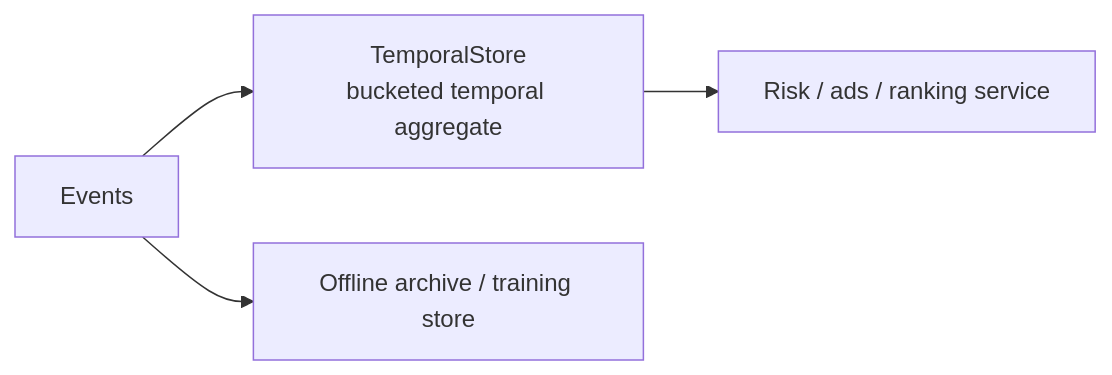
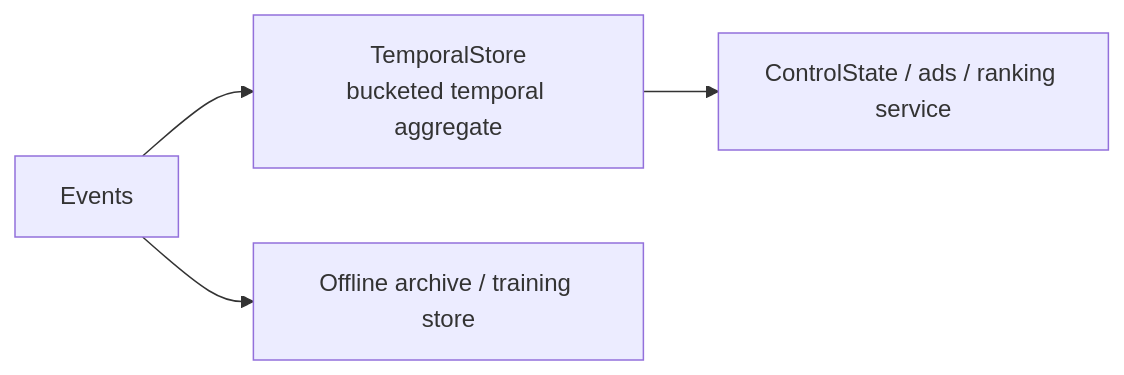
Before and after one commit to matrixarkai/TemporalStore: the second of 2 diagrams in docs/temporalstore_blog.md, drawn with Mermaid. The commit also changed other lines of this file and 202 other files, not shown here.

Commit message:
Rename risk surface to control state

````diff
--- a/docs/temporalstore_blog.md
+++ b/docs/temporalstore_blog.md
@@ -294,11 +294,11 @@
 ```mermaid
 flowchart LR
     Events["Events"]
     TS["TemporalStore<br/>bucketed temporal aggregate"]
-    Service["Risk / ads / ranking service"]
+    Service["ControlState / ads / ranking service"]
     Offline["Offline archive / training store"]
 
     Events --> TS
     TS --> Service
     Events --> Offline
 ```
````
